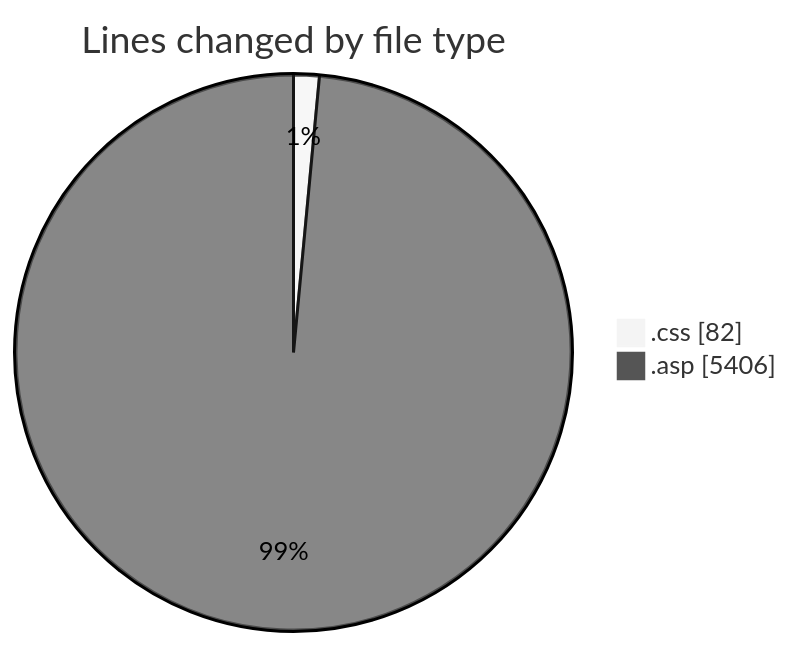
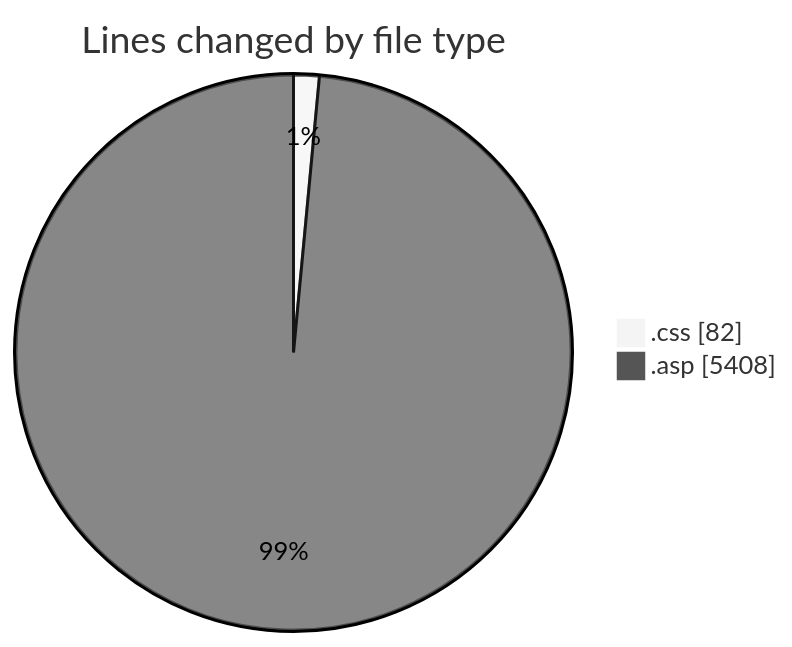
One commit to julien-gomy/code-tracking changed the first of 2 diagrams in 2025-11-16/cdp_aleoudev_fr__workspace_/README.md. Above: the diagram before and after it, drawn with Mermaid (neutral theme). The commit also changed other lines of this file and 1 other file, not shown here.

````diff
--- a/2025-11-16/cdp_aleoudev_fr__workspace_/README.md
+++ b/2025-11-16/cdp_aleoudev_fr__workspace_/README.md
@@ -28,6 +28,6 @@
 ```mermaid
 pie showData
 title Lines changed by file type
 ".css" : 82
-".asp" : 5406
+".asp" : 5408
 ```
````
